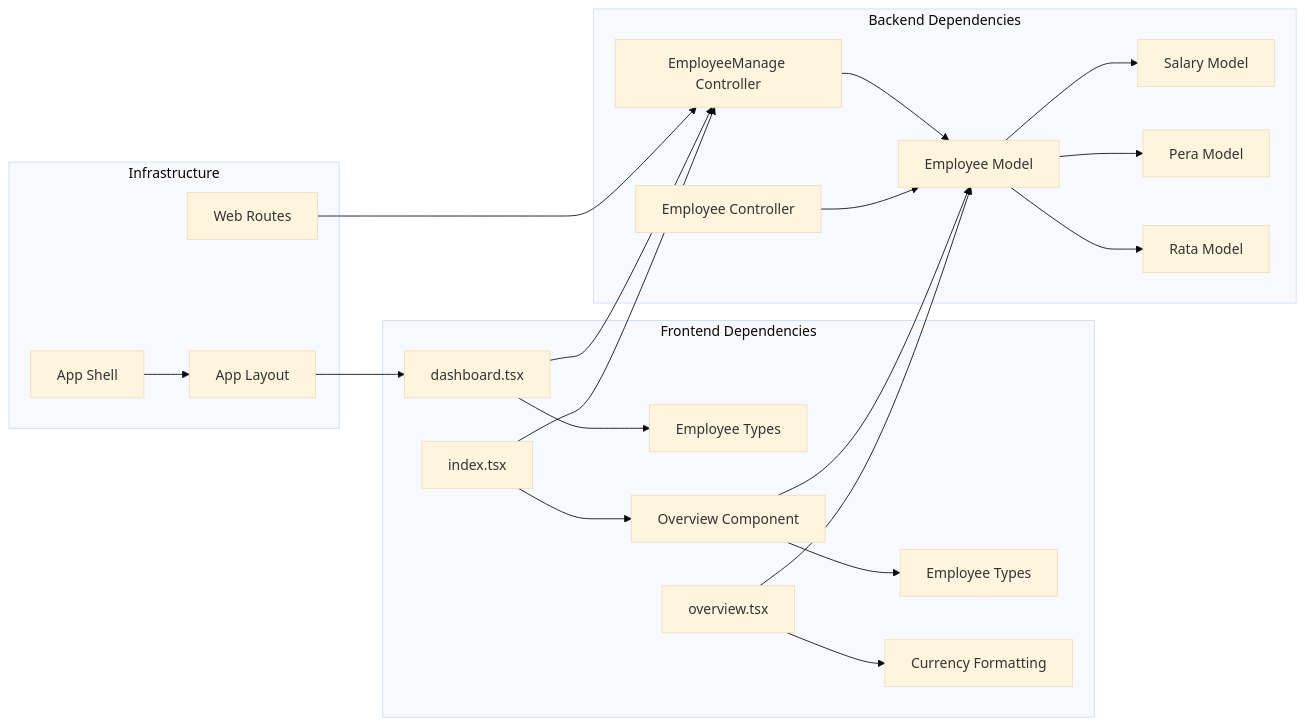
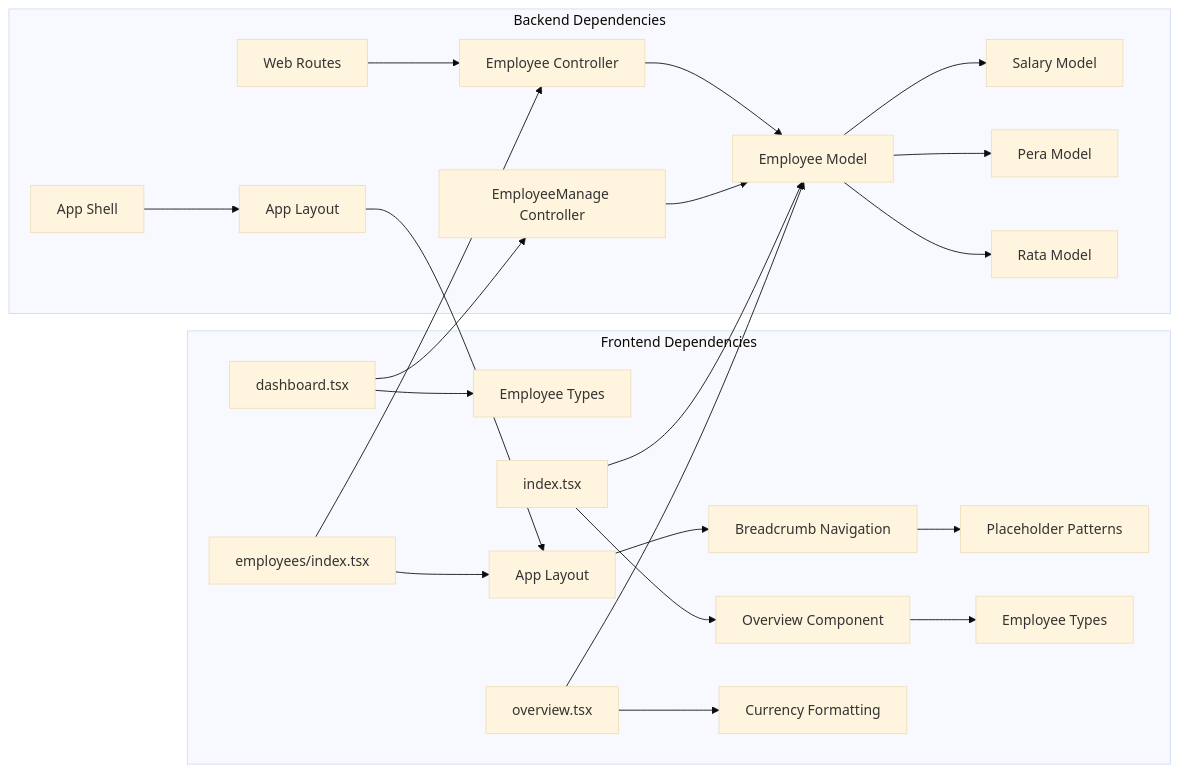
One commit to vincet0t15/template changed the sixth of 6 diagrams in .qoder/repowiki/en/content/Employee Management/Employee Overview Dashboard.md. Above: the diagram before and after it, drawn with Mermaid (base theme). The commit also changed other lines of this file and 9 other files, not shown here.

````diff
--- a/.qoder/repowiki/en/content/Employee Management/Employee Overview Dashboard.md
+++ b/.qoder/repowiki/en/content/Employee Management/Employee Overview Dashboard.md
@@ -270,25 +286,26 @@
 ```mermaid
 graph LR
 subgraph "Frontend Dependencies"
 A[dashboard.tsx] --> B[Employee Types]
-C[index.tsx] --> D[Overview Component]
-D --> E[Employee Types]
-F[overview.tsx] --> G[Currency Formatting]
+C[employees/index.tsx] --> D[App Layout]
+D --> E[Breadcrumb Navigation]
+E --> F[Placeholder Patterns]
+G[index.tsx] --> H[Overview Component]
+H --> I[Employee Types]
+J[overview.tsx] --> K[Currency Formatting]
 end
 subgraph "Backend Dependencies"
-H[EmployeeManage Controller] --> I[Employee Model]
-I --> J[Salary Model]
-I --> K[Pera Model]
-I --> L[Rata Model]
-M[Employee Controller] --> I
+L[Employee Controller] --> M[Employee Model]
+M --> N[Salary Model]
+M --> O[Pera Model]
+M --> P[Rata Model]
+Q[EmployeeManage Controller] --> M
+R[Web Routes] --> L
+S[App Layout] --> D
+T[App Shell] --> S
 end
-subgraph "Infrastructure"
-N[Web Routes] --> H
-O[App Layout] --> A
-P[App Shell] --> O
-end
-A --> H
-C --> H
-D --> I
-F --> I
+A --> Q
+C --> L
+G --> M
+J --> M
 ```
````
